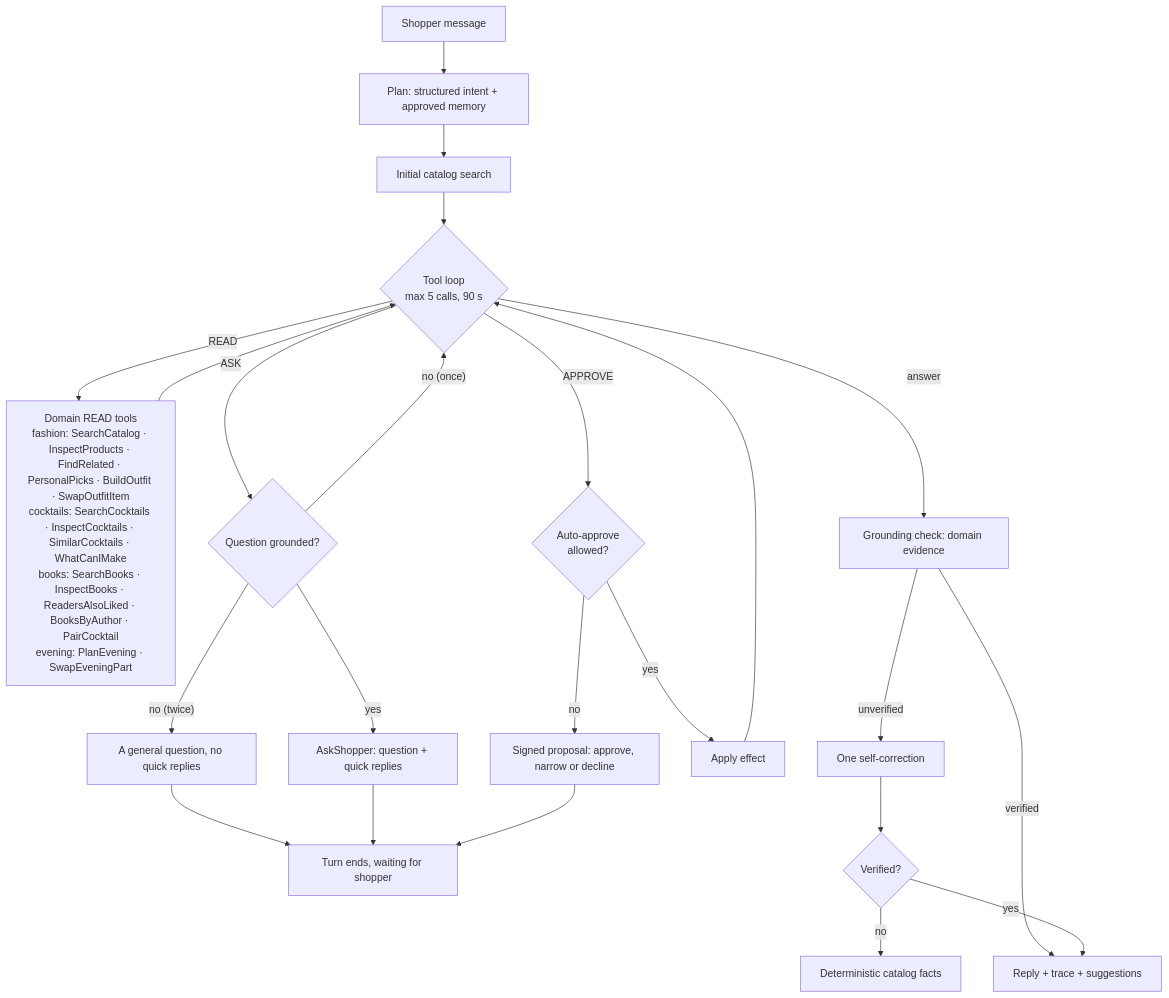
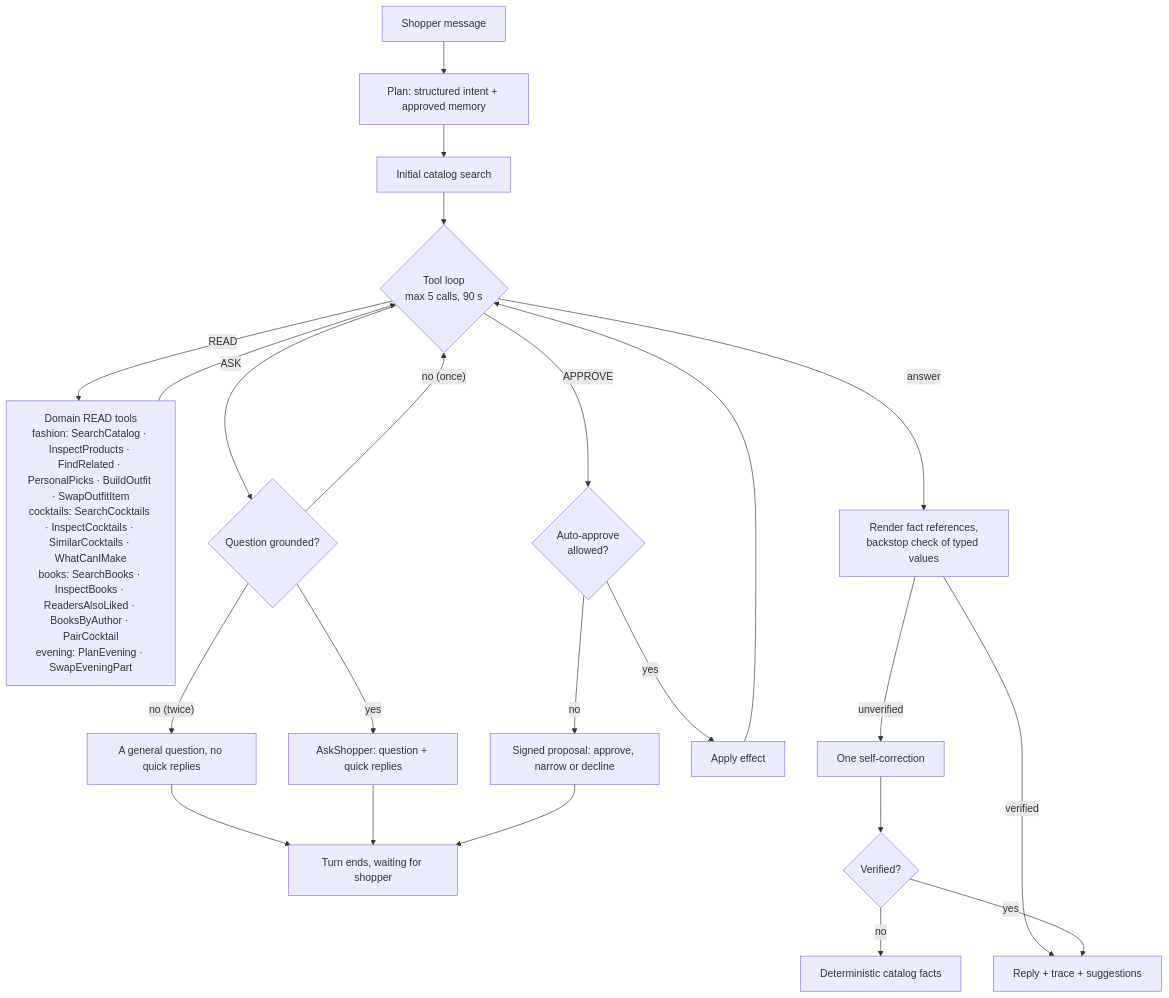
One commit to yo1am1/curio changed the diagram in docs/agent-architecture.md. Above: the diagram before and after it, drawn with Mermaid. The commit also changed other lines of this file and 6 other files, not shown here.

First line of the commit message:
docs(grounding): cite mode, the backstop and three blind results

````diff
--- a/docs/agent-architecture.md
+++ b/docs/agent-architecture.md
@@ -83,22 +85,22 @@
 ```mermaid
 flowchart TD
     M[Shopper message] --> P[Plan: structured intent + approved memory]
     P --> S[Initial catalog search]
     S --> L{Tool loop<br/>max 5 calls, 90 s}
     L -- READ --> R[Domain READ tools<br/>fashion: SearchCatalog · InspectProducts · FindRelated · PersonalPicks · BuildOutfit · SwapOutfitItem<br/>cocktails: SearchCocktails · InspectCocktails · SimilarCocktails · WhatCanIMake<br/>books: SearchBooks · InspectBooks · ReadersAlsoLiked · BooksByAuthor · PairCocktail<br/>evening: PlanEvening · SwapEveningPart]
     R --> L
     L -- ASK --> G{Question grounded?}
     G -- yes --> Q[AskShopper: question + quick replies]
     G -- "no (once)" --> L
     G -- "no (twice)" --> Q2[A general question, no quick replies] --> W
     L -- APPROVE --> A{Auto-approve<br/>allowed?}
     A -- no --> H[Signed proposal: approve, narrow or decline]
     A -- yes --> X[Apply effect] --> L
-    L -- answer --> V[Grounding check: domain evidence]
+    L -- answer --> V[Render fact references,<br/>backstop check of typed values]
     V -- unverified --> C[One self-correction] --> V2{Verified?}
     V2 -- no --> F[Deterministic catalog facts]
     V -- verified --> D[Reply + trace + suggestions]
     V2 -- yes --> D
     Q --> W[Turn ends, waiting for shopper]
     H --> W
 ```
````
